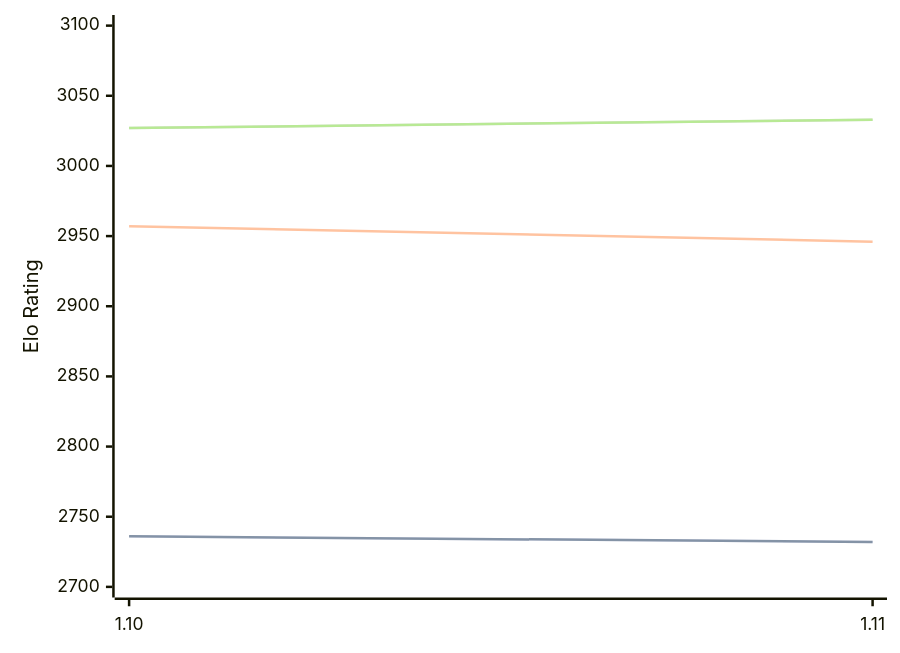
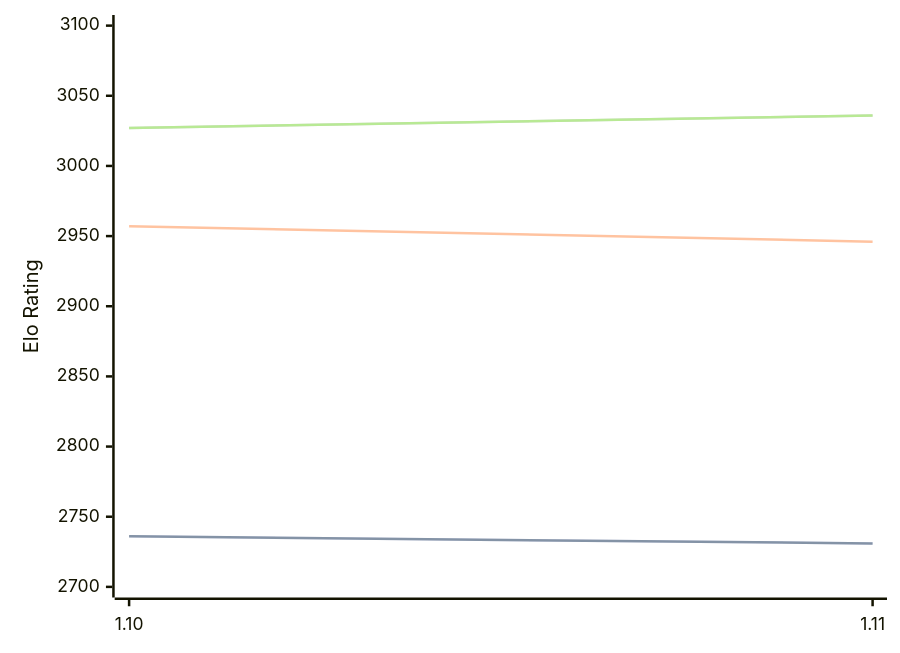
One commit to computer-chess-index/cci changed the diagram in engines/Roc.md. Above: the diagram before and after it, drawn with Mermaid. The commit also changed other lines of this file, not shown here.

Commit message:
Update CCI Ratings (ELO VLTC) - 2026-08-27

````diff
--- a/engines/Roc.md
+++ b/engines/Roc.md
@@ -42,11 +42,11 @@
 ```mermaid
 %%{init: {"theme":"base","themeVariables":{"seriesColors:['#a3a3a3','#222221','#faa371']}}}%%
 xychart-beta
   x-axis ["1.10", "1.11"]
   y-axis "Elo Rating" 2700 --> 3100
-  line "STC (8.0+0.08s)" [2736, 2732]
-  line "STC (8.0+0.08s)" [2736, 2732]
+  line "STC (8.0+0.08s)" [2736, 2731]
+  line "STC (8.0+0.08s)" [2736, 2731]
   line "LTC (60.0+0.60s)" [2957, 2946]
-  line "VLTC (2m24s+1.12s)" [3027, 3033]
-  line "VLTC (2m24s+1.12s)" [3027, 3033]
+  line "VLTC (2m24s+1.12s)" [3027, 3036]
+  line "VLTC (2m24s+1.12s)" [3027, 3036]
 ```
````
